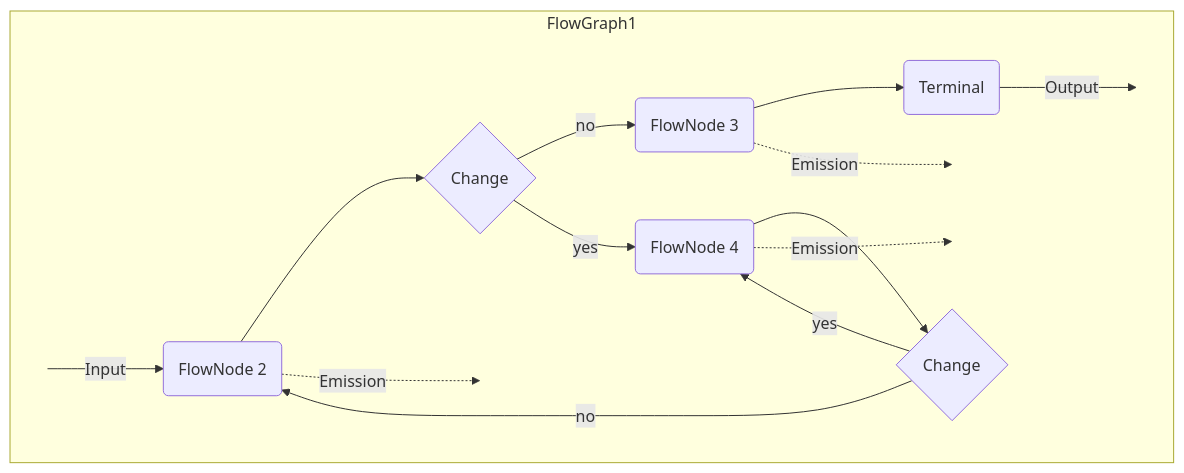
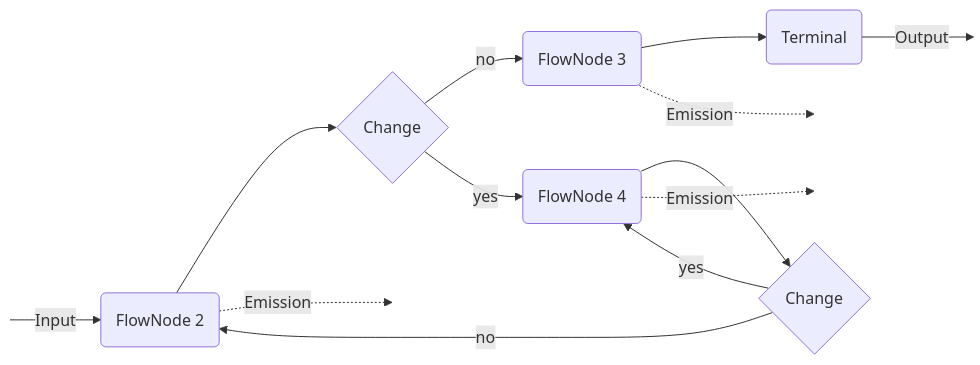
Before and after one commit to SeivenBell/oqd-core: the fourth of 8 diagrams in docs/compilation.md, drawn with Mermaid. The commit also changed other lines of this file, not shown here.

Commit message:
update: compilation.md document

````diff
--- a/docs/compilation.md
+++ b/docs/compilation.md
@@ -45,17 +46,14 @@
         ```mermaid
         flowchart LR
 
-        subgraph graph1 [FlowGraph1]
-        direction LR
         START:::hidden -- Input --> node2(FlowNode 2) --> change2{Change} -- no --> node3(FlowNode 3) --> terminal(Terminal) -- Output --> END:::hidden
 
         change2 -- yes --> node4(FlowNode 4) --> change4{Change} -- no --> node2
         change4 -- yes --> node4
 
         node2 -. Emission .-> MID2:::hidden
         node3 -. Emission .-> MID3:::hidden
         node4 -. Emission .-> MID4:::hidden
-        end
 
         classDef hidden display: none;
         ```
````
